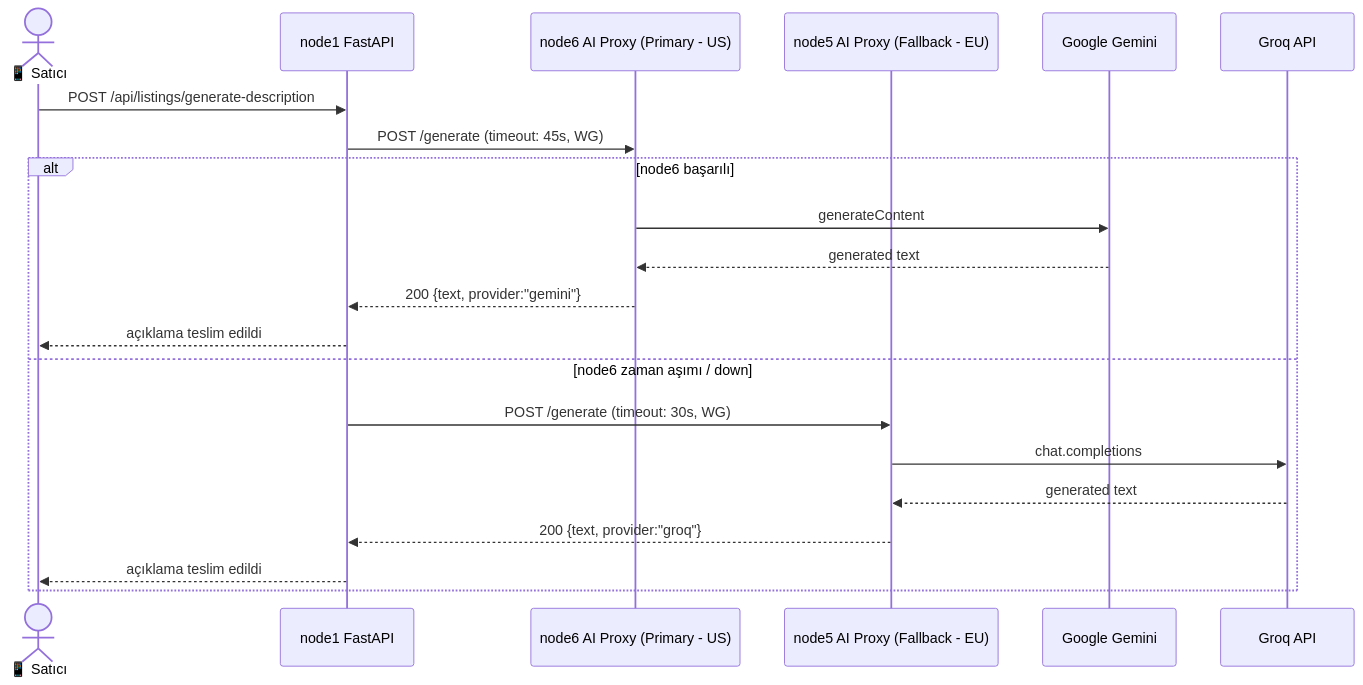
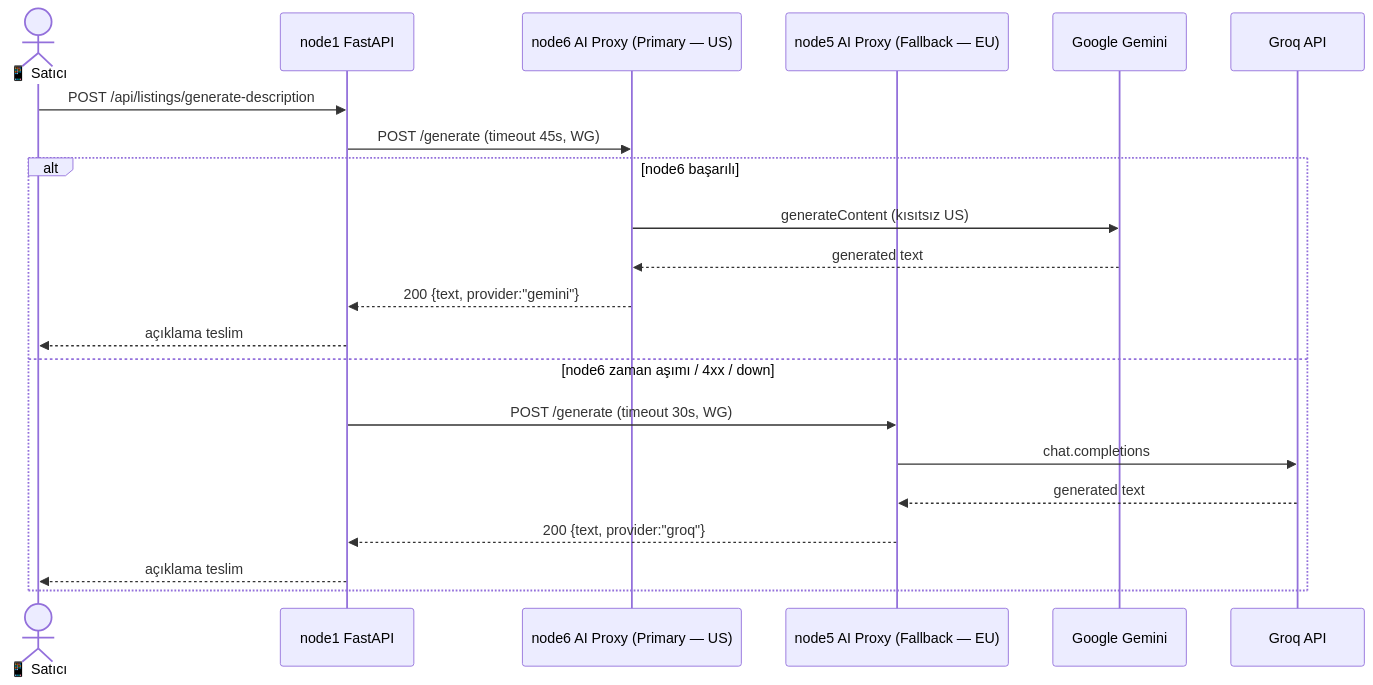
One commit to tucibeyin/teqlif changed the seventh of 12 diagrams in README.md. Above: the diagram before and after it, drawn with Mermaid. The commit also changed other lines of this file, not shown here.

````diff
--- a/README.md
+++ b/README.md
@@ -263,24 +377,24 @@
 ```mermaid
 sequenceDiagram
     actor User as 📱 Satıcı
     participant API as node1 FastAPI
-    participant N6 as node6 AI Proxy (Primary - US)
-    participant N5 as node5 AI Proxy (Fallback - EU)
+    participant N6 as node6 AI Proxy (Primary — US)
+    participant N5 as node5 AI Proxy (Fallback — EU)
     participant GEM as Google Gemini
     participant GROQ as Groq API
 
     User->>API: POST /api/listings/generate-description
-    API->>N6: POST /generate (timeout: 45s, WG)
+    API->>N6: POST /generate (timeout 45s, WG)
     alt node6 başarılı
-        N6->>GEM: generateContent
+        N6->>GEM: generateContent (kısıtsız US)
         GEM-->>N6: generated text
         N6-->>API: 200 {text, provider:"gemini"}
-        API-->>User: açıklama teslim edildi
-    else node6 zaman aşımı / down
-        API->>N5: POST /generate (timeout: 30s, WG)
+        API-->>User: açıklama teslim
+    else node6 zaman aşımı / 4xx / down
+        API->>N5: POST /generate (timeout 30s, WG)
         N5->>GROQ: chat.completions
         GROQ-->>N5: generated text
         N5-->>API: 200 {text, provider:"groq"}
-        API-->>User: açıklama teslim edildi
+        API-->>User: açıklama teslim
     end
 ```
````
